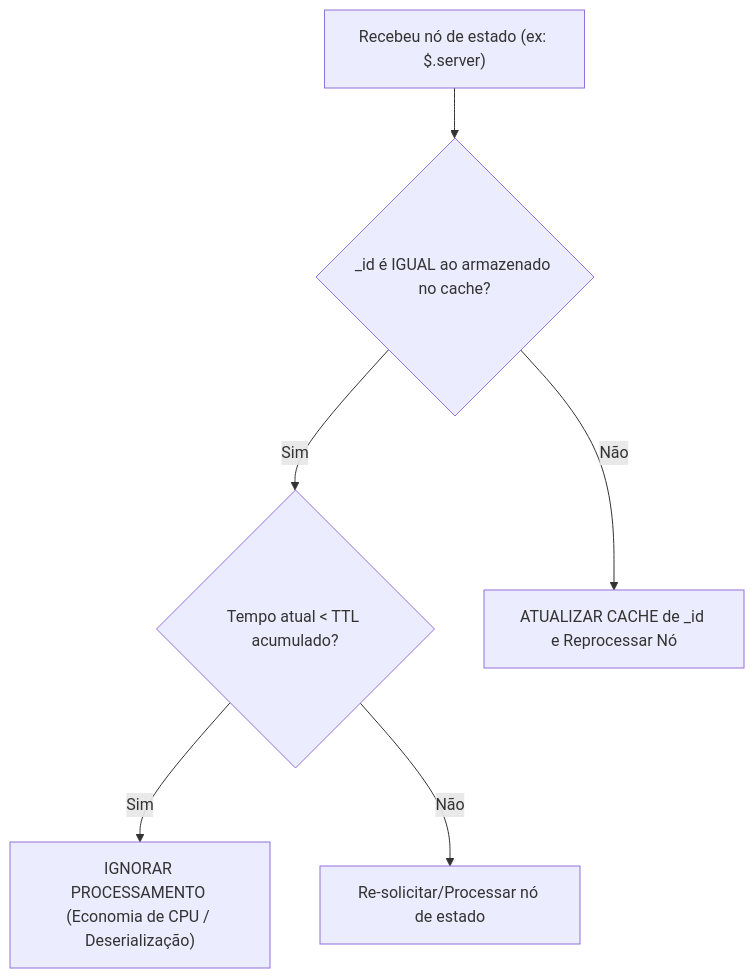
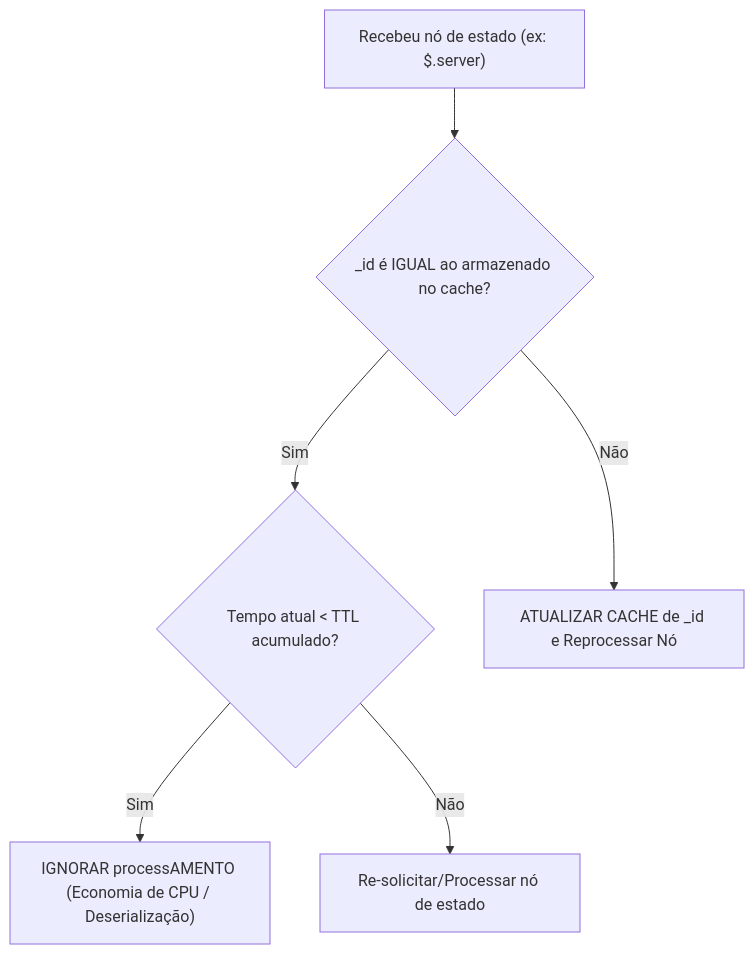
The second of 2 diagrams in prd/room-protocol.md (eleven-two-digital/open-game-server), drawn with Mermaid before and after one commit. The commit also changed other lines of this file and 25 other files, not shown here.

````diff
--- a/prd/room-protocol.md
+++ b/prd/room-protocol.md
@@ -186,8 +197,8 @@
 ```mermaid
 flowchart TD
     A["Recebeu nó de estado (ex: $.server)"] --> B{"_id é IGUAL ao armazenado no cache?"}
     B -- Sim --> C{"Tempo atual < TTL acumulado?"}
-    C -- Sim --> D["IGNORAR PROCESSAMENTO (Economia de CPU / Deserialização)"]
+    C -- Sim --> D["IGNORAR processAMENTO (Economia de CPU / Deserialização)"]
     C -- Não --> E["Re-solicitar/Processar nó de estado"]
     B -- Não --> F["ATUALIZAR CACHE de _id e Reprocessar Nó"]
 ```
````
